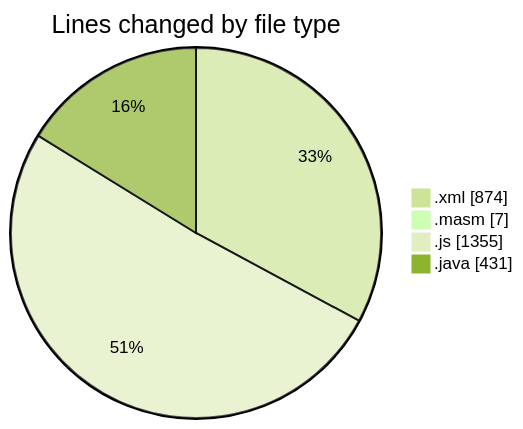
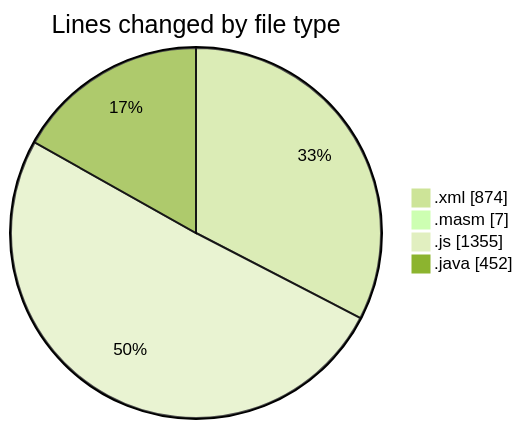
One commit to charlie-sans/code-tracking changed the first of 2 diagrams in 2025-03-11/jmasm/README.md. Above: the diagram before and after it, drawn with Mermaid (forest theme). The commit also changed other lines of this file and 1 other file, not shown here.

````diff
--- a/2025-03-11/jmasm/README.md
+++ b/2025-03-11/jmasm/README.md
@@ -24,8 +24,8 @@
 ```mermaid
 pie showData
 title Lines changed by file type
 ".xml" : 874
 ".masm" : 7
 ".js" : 1355
-".java" : 431
+".java" : 452
 ```
````
